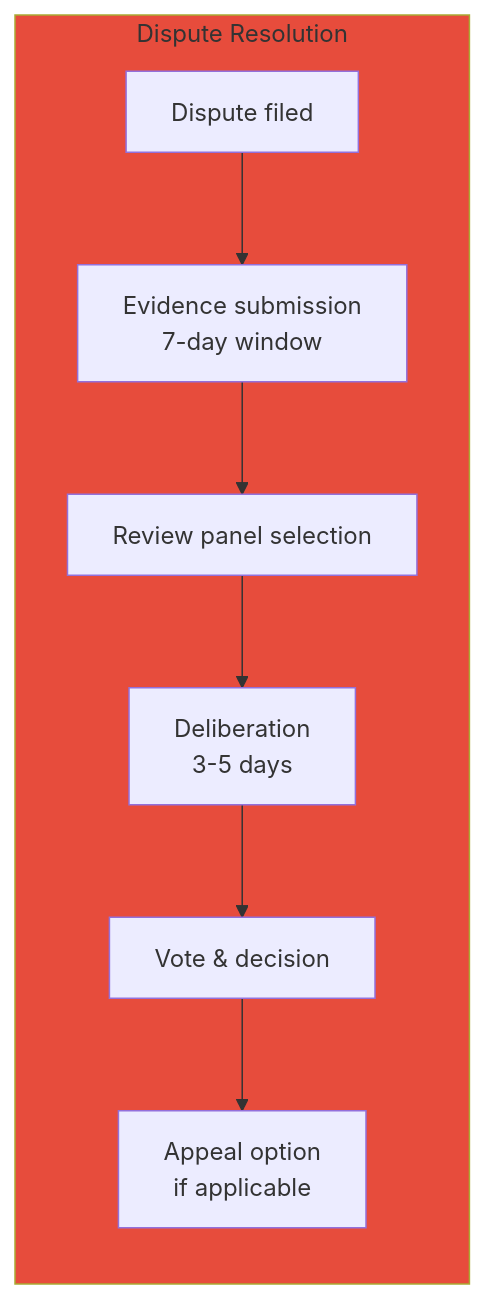
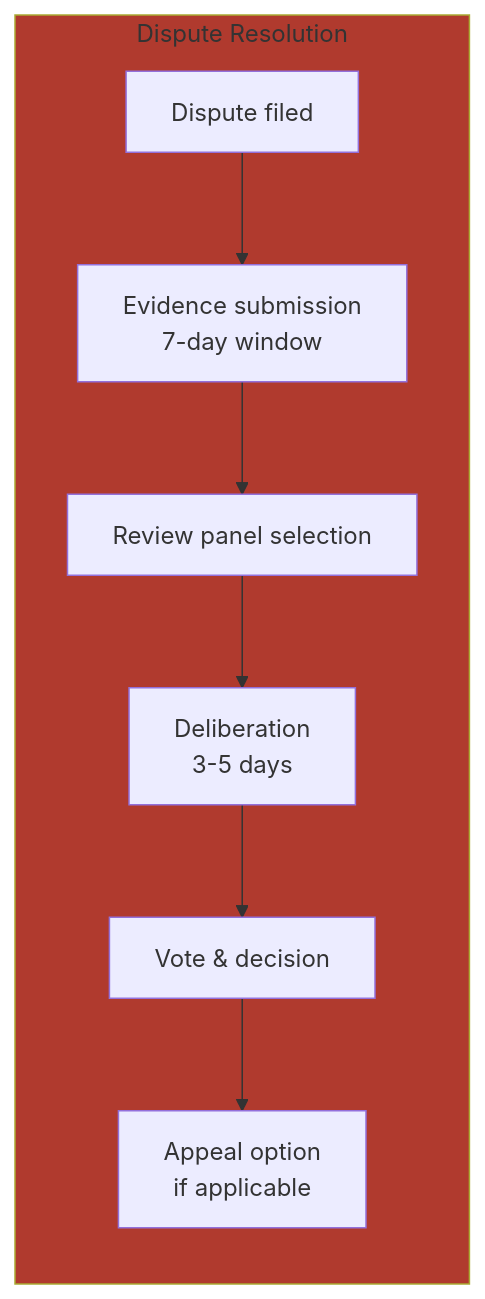
One commit to CipherOcto/cipherocto changed the fourth of 4 diagrams in docs/04-tokenomics/governance.md. Above: the diagram before and after it, drawn with Mermaid. The commit also changed other lines of this file and 13 other files, not shown here.

First line of the commit message:
Improve Mermaid diagram accessibility: Fix color contrast

````diff
--- a/docs/04-tokenomics/governance.md
+++ b/docs/04-tokenomics/governance.md
@@ -277,16 +277,16 @@
 ```mermaid
 graph TB
     subgraph DISPUTE["Dispute Resolution"]
         direction TB
         D1[Dispute filed]
         D2[Evidence submission<br/>7-day window]
         D3[Review panel selection]
         D4[Deliberation<br/>3-5 days]
         D5[Vote & decision]
         D6[Appeal option<br/>if applicable]
     end
 
     D1 --> D2 --> D3 --> D4 --> D5 --> D6
 
-    style DISPUTE fill:#e74c3c
+    style DISPUTE fill:#b03a2e
 ```
````
